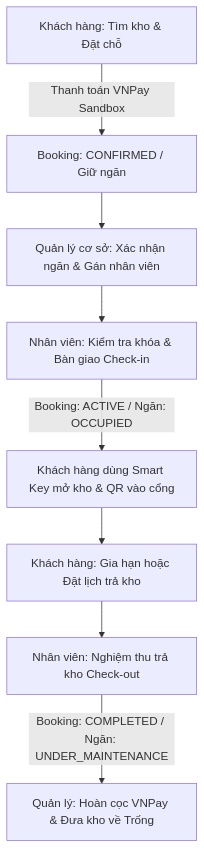
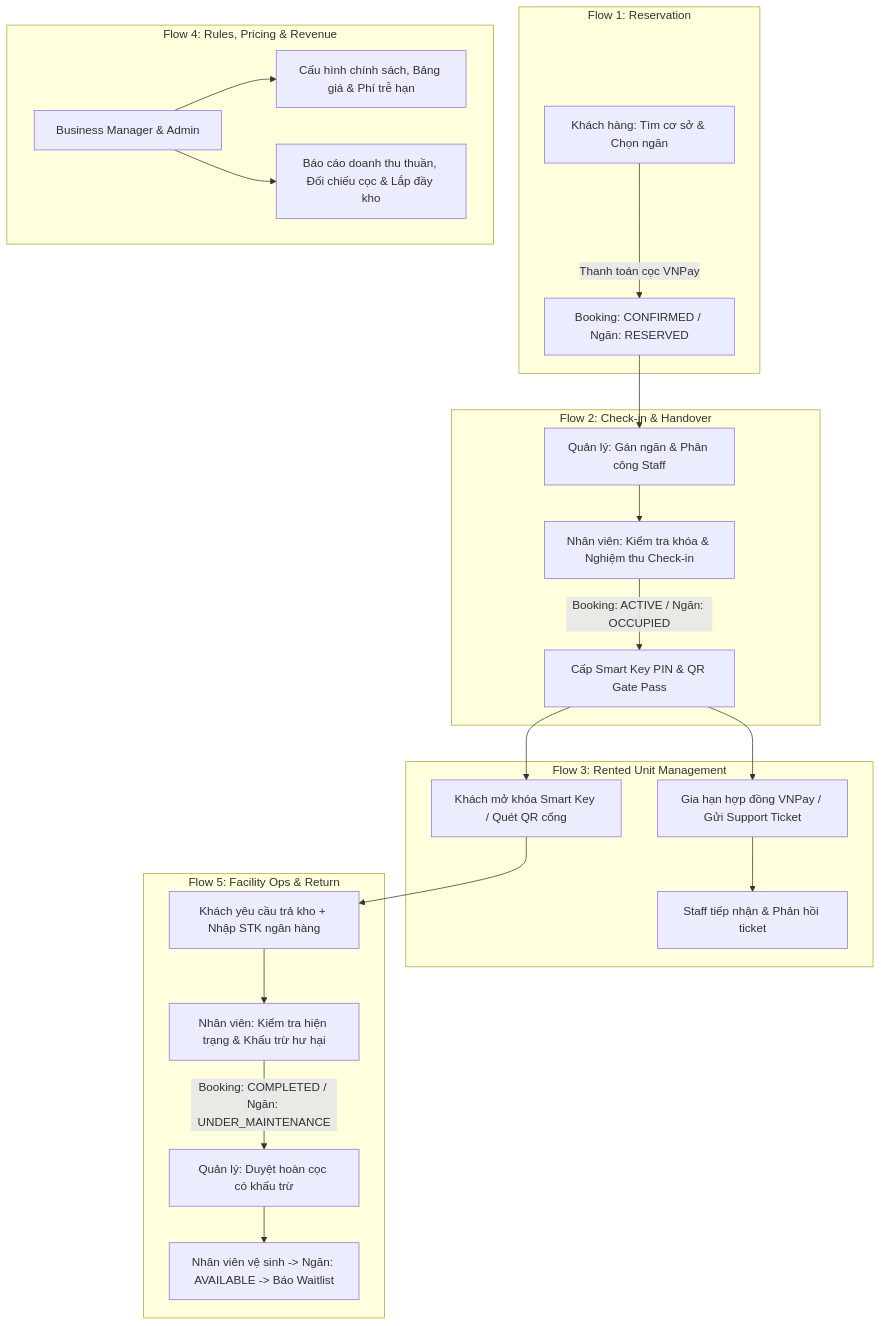
One commit to Huy39Quoc/KhoMini changed the diagram in HUONG_DAN_TEST_HE_THONG.md. Above: the diagram before and after it, drawn with Mermaid. The commit also changed other lines of this file and 9 other files, not shown here.

````diff
--- a/HUONG_DAN_TEST_HE_THONG.md
+++ b/HUONG_DAN_TEST_HE_THONG.md
@@ -30,10 +32,26 @@
 ```mermaid
 graph TD
-    A[Khách hàng: Tìm kho & Đặt chỗ] -->|Thanh toán VNPay Sandbox| B[Booking: CONFIRMED / Giữ ngăn]
-    B --> C[Quản lý cơ sở: Xác nhận ngăn & Gán nhân viên]
-    C --> D[Nhân viên: Kiểm tra khóa & Bàn giao Check-in]
-    D -->|Booking: ACTIVE / Ngăn: OCCUPIED| E[Khách hàng dùng Smart Key mở kho & QR vào cổng]
-    E --> F[Khách hàng: Gia hạn hoặc Đặt lịch trả kho]
-    F --> G[Nhân viên: Nghiệm thu trả kho Check-out]
-    G -->|Booking: COMPLETED / Ngăn: UNDER_MAINTENANCE| H[Quản lý: Hoàn cọc VNPay & Đưa kho về Trống]
+    subgraph Flow1 [Flow 1: Reservation]
+        A[Khách hàng: Tìm cơ sở & Chọn ngăn] -->|Thanh toán cọc VNPay| B[Booking: CONFIRMED / Ngăn: RESERVED]
+    end
+    subgraph Flow2 [Flow 2: Check-in & Handover]
+        B --> C[Quản lý: Gán ngăn & Phân công Staff]
+        C --> D[Nhân viên: Kiểm tra khóa & Nghiệm thu Check-in]
+        D -->|Booking: ACTIVE / Ngăn: OCCUPIED| E[Cấp Smart Key PIN & QR Gate Pass]
+    end
+    subgraph Flow3 [Flow 3: Rented Unit Management]
+        E --> F[Khách mở khóa Smart Key / Quét QR cổng]
+        E --> G[Gia hạn hợp đồng VNPay / Gửi Support Ticket]
+        G --> H[Staff tiếp nhận & Phản hồi ticket]
+    end
+    subgraph Flow5 [Flow 5: Facility Ops & Return]
+        F --> I[Khách yêu cầu trả kho + Nhập STK ngân hàng]
+        I --> J[Nhân viên: Kiểm tra hiện trạng & Khấu trừ hư hại]
+        J -->|Booking: COMPLETED / Ngăn: UNDER_MAINTENANCE| K[Quản lý: Duyệt hoàn cọc có khấu trừ]
+        K --> L[Nhân viên vệ sinh -> Ngăn: AVAILABLE -> Báo Waitlist]
+    end
+    subgraph Flow4 [Flow 4: Rules, Pricing & Revenue]
+        M[Business Manager & Admin] --> N[Cấu hình chính sách, Bảng giá & Phí trễ hạn]
+        M --> O[Báo cáo doanh thu thuần, Đối chiếu cọc & Lắp đầy kho]
+    end
 ```
````
